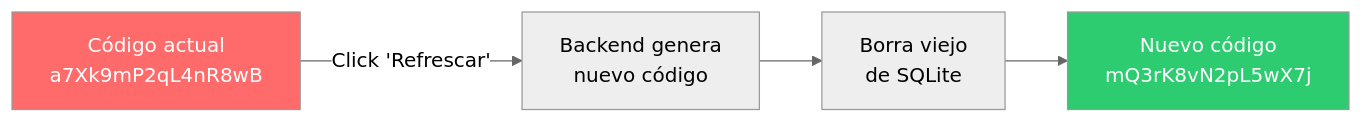
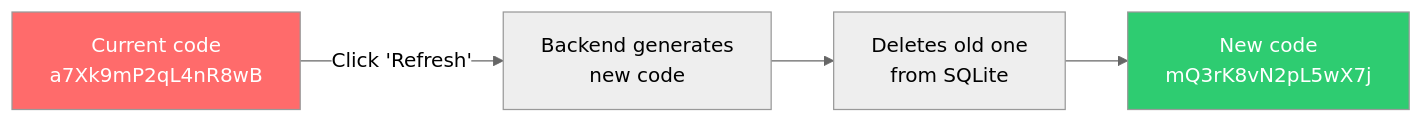
Before and after one commit to Martin08ABM/ghostchat-messenger: the fourth of 4 diagrams in README.md, drawn with Mermaid (neutral theme). The commit also changed other lines of this file and 6 other files, not shown here.

````diff
--- a/README.md
+++ b/README.md
@@ -176,9 +176,9 @@
 ```mermaid
 graph LR
-    A[Código actual<br/>a7Xk9mP2qL4nR8wB] -->|"Click 'Refrescar'"| B[Backend genera<br/>nuevo código]
-    B --> C[Borra viejo<br/>de SQLite]
-    C --> D[Nuevo código<br/>mQ3rK8vN2pL5wX7j]
+    A[Current code<br/>a7Xk9mP2qL4nR8wB] -->|"Click 'Refresh'"| B[Backend generates<br/>new code]
+    B --> C[Deletes old one<br/>from SQLite]
+    C --> D[New code<br/>mQ3rK8vN2pL5wX7j]
 
     style A fill:#ff6b6b,color:#fff
     style D fill:#2ecc71,color:#fff
 ```
````
